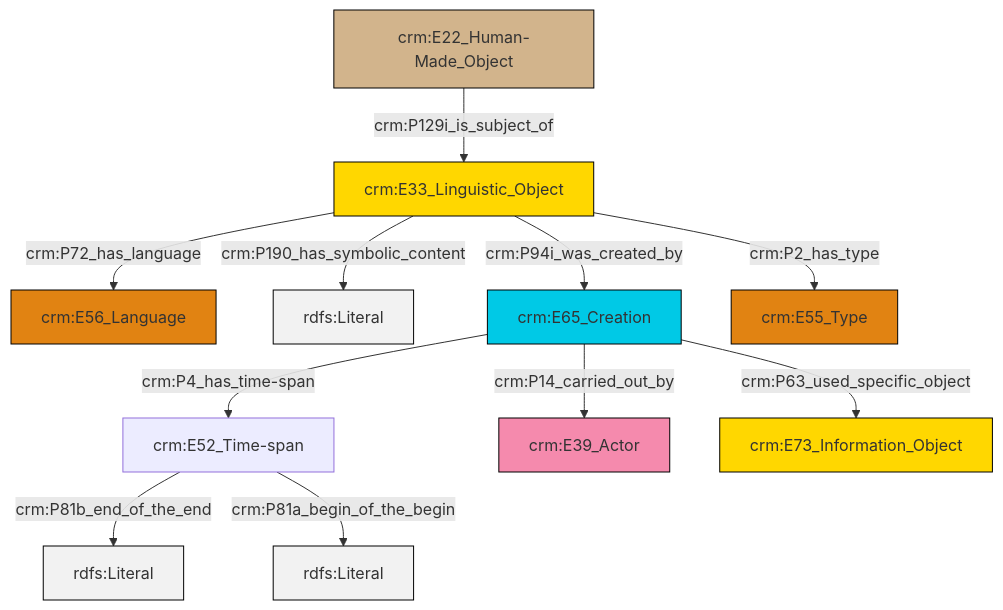
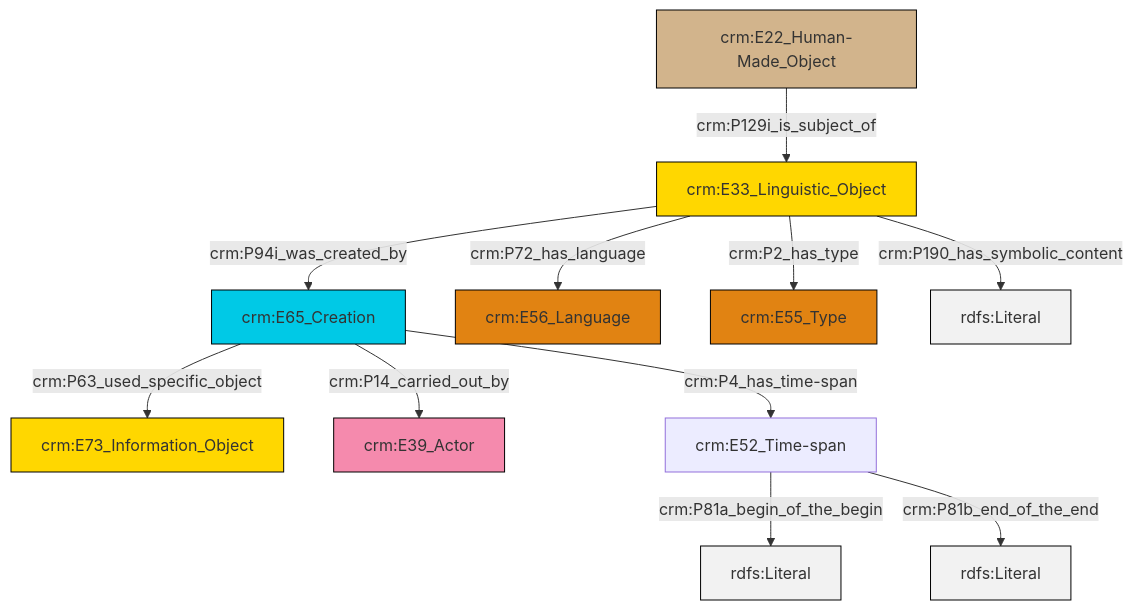
The diagram in et/carrierCSV/ttl/mmd/carrier_description.ttl.mmd (swiss-art-research-net/docs.swissartresearch), drawn with Mermaid before and after one commit. The commit also changed 180 other files, not shown here.

```diff
--- a/et/carrierCSV/ttl/mmd/carrier_description.ttl.mmd
+++ b/et/carrierCSV/ttl/mmd/carrier_description.ttl.mmd
@@ -1,25 +1,25 @@
 graph TD
 classDef Literal fill:#f2f2f2,stroke:#000000;
 classDef CRM_Entity fill:#FFFFFF,stroke:#000000;
 classDef Temporal_Entity fill:#00C9E6, stroke:#000000;
 classDef Type fill:#E18312, stroke:#000000;
 classDef Time-Span fill:#2C9C91, stroke:#000000;
 classDef Appellation fill:#FFEB7F, stroke:#000000;
 classDef Place fill:#008836, stroke:#000000;
 classDef Persistent_Item fill:#B266B2, stroke:#000000;
 classDef Conceptual_Object fill:#FFD700, stroke:#000000;
 classDef Physical_Thing fill:#D2B48C, stroke:#000000;
 classDef Actor fill:#f58aad, stroke:#000000;
 classDef PC_Classes fill:#4ce600, stroke:#000000;
 classDef Multi fill:#cccccc,stroke:#000000;
 
-0["crm:E33_Linguistic_Object"]:::Conceptual_Object -->|crm:P72_has_language| 1["crm:E56_Language"]:::Type
-2["crm:E22_Human-Made_Object"]:::Physical_Thing -->|crm:P129i_is_subject_of| 0["crm:E33_Linguistic_Object"]:::Conceptual_Object
-0["crm:E33_Linguistic_Object"]:::Conceptual_Object -->|crm:P190_has_symbolic_content| 3[rdfs:Literal]:::Literal
-4["crm:E52_Time-span"]:::Default -->|crm:P81b_end_of_the_end| 5[rdfs:Literal]:::Literal
-4["crm:E52_Time-span"]:::Default -->|crm:P81a_begin_of_the_begin| 7[rdfs:Literal]:::Literal
-10["crm:E65_Creation"]:::Temporal_Entity -->|crm:P4_has_time-span| 4["crm:E52_Time-span"]:::Default
-0["crm:E33_Linguistic_Object"]:::Conceptual_Object -->|crm:P2_has_type| 11["crm:E55_Type"]:::Type
-10["crm:E65_Creation"]:::Temporal_Entity -->|crm:P14_carried_out_by| 13["crm:E39_Actor"]:::Actor
-10["crm:E65_Creation"]:::Temporal_Entity -->|crm:P63_used_specific_object| 15["crm:E73_Information_Object"]:::Conceptual_Object
-0["crm:E33_Linguistic_Object"]:::Conceptual_Object -->|crm:P94i_was_created_by| 10["crm:E65_Creation"]:::Temporal_Entity
+2["crm:E33_Linguistic_Object"]:::Conceptual_Object -->|crm:P94i_was_created_by| 3["crm:E65_Creation"]:::Temporal_Entity
+3["crm:E65_Creation"]:::Temporal_Entity -->|crm:P14_carried_out_by| 10["crm:E39_Actor"]:::Actor
+11["crm:E52_Time-span"]:::Default -->|crm:P81a_begin_of_the_begin| 12[rdfs:Literal]:::Literal
+3["crm:E65_Creation"]:::Temporal_Entity -->|crm:P4_has_time-span| 11["crm:E52_Time-span"]:::Default
+6["crm:E22_Human-Made_Object"]:::Physical_Thing -->|crm:P129i_is_subject_of| 2["crm:E33_Linguistic_Object"]:::Conceptual_Object
+11["crm:E52_Time-span"]:::Default -->|crm:P81b_end_of_the_end| 13[rdfs:Literal]:::Literal
+3["crm:E65_Creation"]:::Temporal_Entity -->|crm:P63_used_specific_object| 0["crm:E73_Information_Object"]:::Conceptual_Object
+2["crm:E33_Linguistic_Object"]:::Conceptual_Object -->|crm:P72_has_language| 4["crm:E56_Language"]:::Type
+2["crm:E33_Linguistic_Object"]:::Conceptual_Object -->|crm:P2_has_type| 8["crm:E55_Type"]:::Type
+2["crm:E33_Linguistic_Object"]:::Conceptual_Object -->|crm:P190_has_symbolic_content| 18[rdfs:Literal]:::Literal
```
